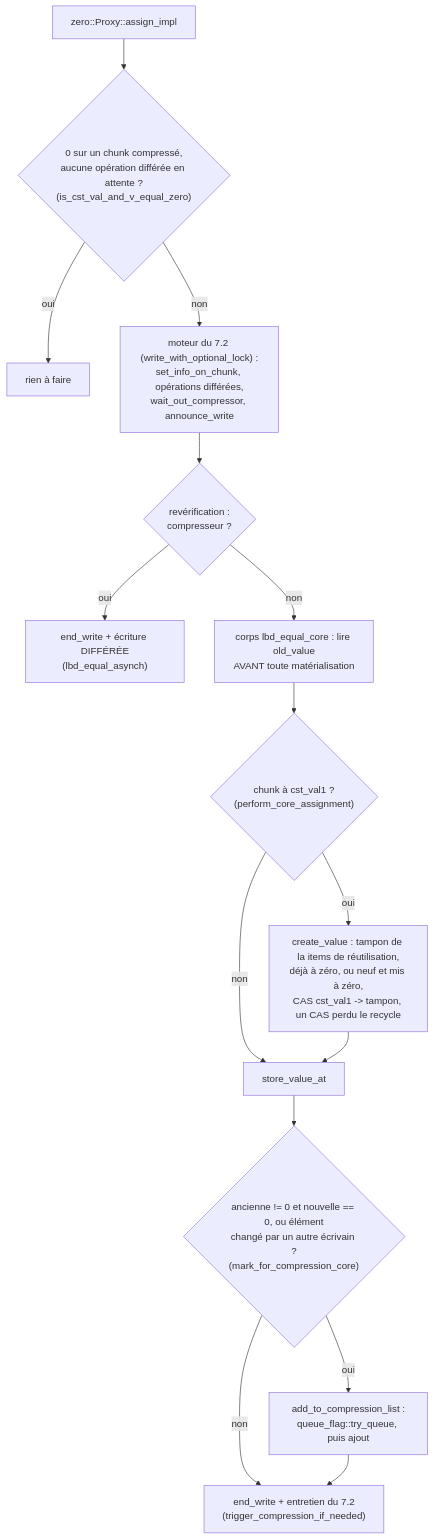
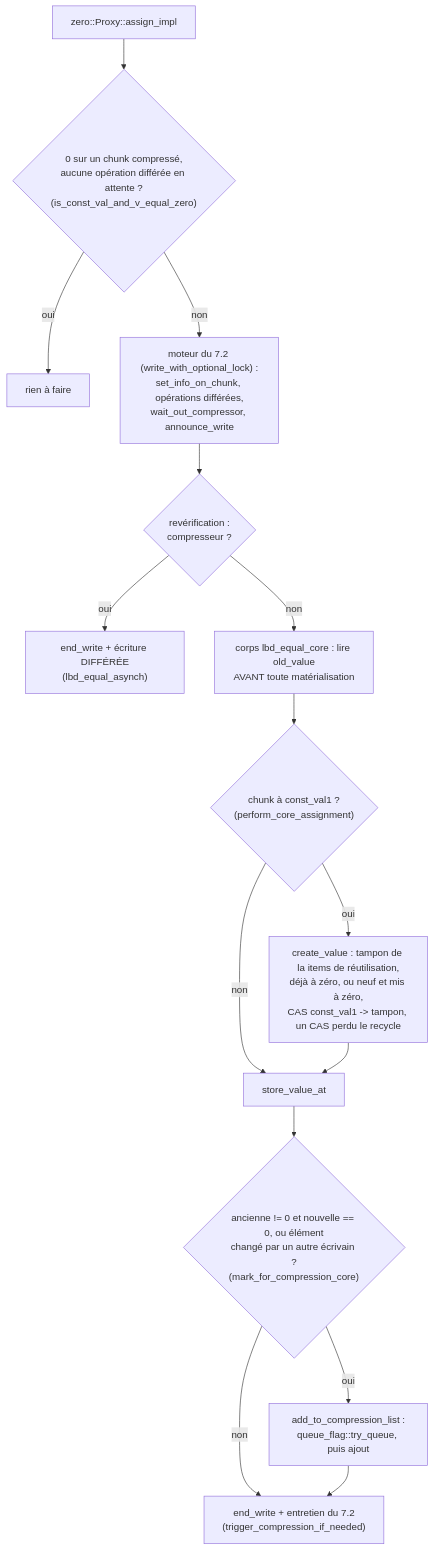
The first of 2 diagrams in docs/algo_zero_fr.md (cea-hpc/shrink-array), drawn with Mermaid before and after one commit. The commit also changed other lines of this file and 108 other files, not shown here.

First line of the commit message:
French names in English (4/4): cst (constante) is const

````diff
--- a/docs/algo_zero_fr.md
+++ b/docs/algo_zero_fr.md
@@ -60,17 +60,17 @@
 ```mermaid
 flowchart TD
-    A["zero::Proxy::assign_impl"] --> B{"0 sur un chunk compressé,<br/>aucune opération différée en attente ?<br/>(is_cst_val_and_v_equal_zero)"}
+    A["zero::Proxy::assign_impl"] --> B{"0 sur un chunk compressé,<br/>aucune opération différée en attente ?<br/>(is_const_val_and_v_equal_zero)"}
     B -->|oui| B1["rien à faire"]
     B -->|non| C["moteur du 7.2 (write_with_optional_lock) :<br/>set_info_on_chunk, opérations différées,<br/>wait_out_compressor, announce_write"]
     C --> D{"revérification :<br/>compresseur ?"}
     D -->|oui| D1["end_write + écriture DIFFÉRÉE<br/>(lbd_equal_asynch)"]
     D -->|non| E["corps lbd_equal_core : lire old_value<br/>AVANT toute matérialisation"]
-    E --> F{"chunk à cst_val1 ?<br/>(perform_core_assignment)"}
-    F -->|oui| G["create_value : tampon de la items de réutilisation,<br/>déjà à zéro, ou neuf et mis à zéro,<br/>CAS cst_val1 -> tampon, un CAS perdu le recycle"]
+    E --> F{"chunk à const_val1 ?<br/>(perform_core_assignment)"}
+    F -->|oui| G["create_value : tampon de la items de réutilisation,<br/>déjà à zéro, ou neuf et mis à zéro,<br/>CAS const_val1 -> tampon, un CAS perdu le recycle"]
     F -->|non| H
     G --> H["store_value_at"]
     H --> I{"ancienne != 0 et nouvelle == 0, ou élément<br/>changé par un autre écrivain ?<br/>(mark_for_compression_core)"}
     I -->|oui| J["add_to_compression_list :<br/>queue_flag::try_queue, puis ajout"]
     I -->|non| K
     J --> K["end_write + entretien du 7.2<br/>(trigger_compression_if_needed)"]
 ```
````
